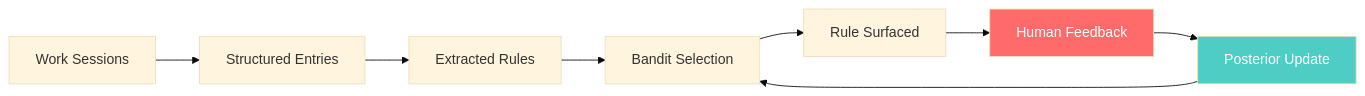
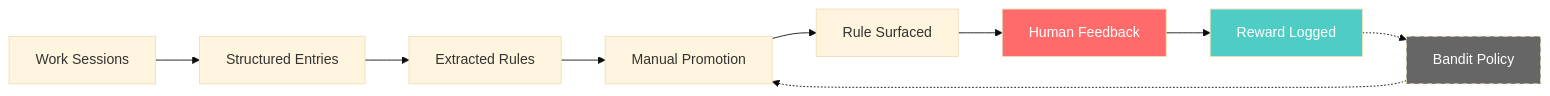
The diagram in README.md (Peleke/buildlog-template), drawn with Mermaid (base theme) before and after one commit. The commit also changed other lines of this file and 18 other files, not shown here.

````diff
--- a/README.md
+++ b/README.md
@@ -112,13 +131,15 @@
 ```mermaid
 flowchart LR
     A["Work Sessions"] --> B["Structured Entries"]
     B --> C["Extracted Rules"]
-    C --> D["Bandit Selection"]
+    C --> D["Manual Promotion"]
     D --> E["Rule Surfaced"]
     E --> F["Human Feedback"]
-    F --> G["Posterior Update"]
-    G --> D
+    F --> G["Reward Logged"]
+    G -.-> H["Bandit Policy"]
+    H -.-> D
 
     style F fill:#ff6b6b,color:#fff
     style G fill:#4ecdc4,color:#fff
+    style H fill:#666,color:#fff,stroke-dasharray: 5 5
 ```
````
